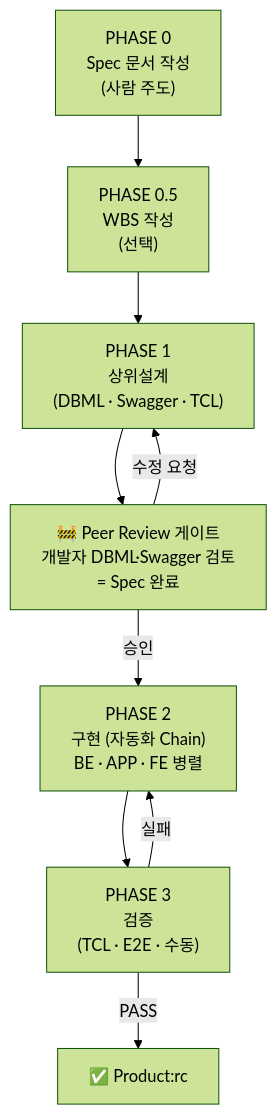
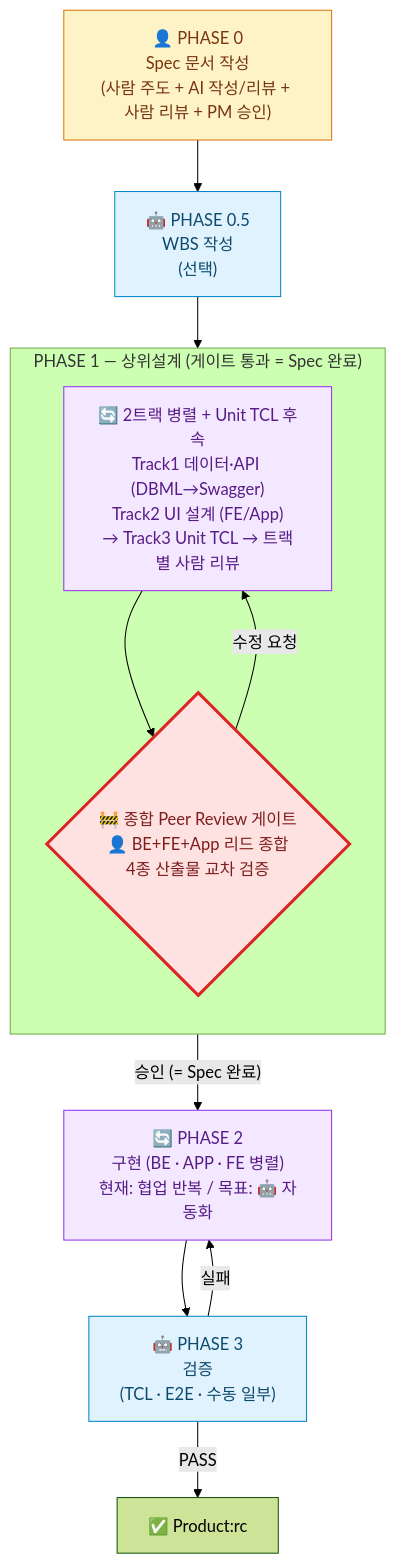
Before and after one commit to gracegyu/munto-dev-assistant-report: the second of 7 diagrams in reports/2026-05-harness-TO-BE.md, drawn with Mermaid (forest theme). The commit also changed other lines of this file and 1 other file, not shown here.

````diff
--- a/reports/2026-05-harness-TO-BE.md
+++ b/reports/2026-05-harness-TO-BE.md
@@ -102,16 +123,27 @@
 ```mermaid
 flowchart TD
-    P0["PHASE 0\nSpec 문서 작성\n(사람 주도)"]
-    P05["PHASE 0.5\nWBS 작성\n(선택)"]
-    P1["PHASE 1\n상위설계\n(DBML · Swagger · TCL)"]
-    GATE["🚧 Peer Review 게이트\n개발자 DBML·Swagger 검토\n= Spec 완료"]
-    P2["PHASE 2\n구현 (자동화 Chain)\nBE · APP · FE 병렬"]
-    P3["PHASE 3\n검증\n(TCL · E2E · 수동)"]
+    P0["👤 PHASE 0<br/>Spec 문서 작성<br/>(사람 주도 + AI 작성/리뷰 + 사람 리뷰 + PM 승인)"]:::human
+    P05["🤖 PHASE 0.5<br/>WBS 작성<br/>(선택)"]:::ai
+
+    subgraph PHASE1 ["PHASE 1 — 상위설계 (게이트 통과 = Spec 완료)"]
+        direction TB
+        P1["🔄 2트랙 병렬 + Unit TCL 후속<br/>Track1 데이터·API (DBML→Swagger)<br/>Track2 UI 설계 (FE/App)<br/>→ Track3 Unit TCL → 트랙별 사람 리뷰"]:::collab
+        GATE{"🚧 종합 Peer Review 게이트<br/>👤 BE+FE+App 리드 종합<br/>4종 산출물 교차 검증"}:::gate
+        P1 --> GATE
+    end
+
+    P2["🔄 PHASE 2<br/>구현 (BE · APP · FE 병렬)<br/>현재: 협업 반복 / 목표: 🤖 자동화"]:::collab
+    P3["🤖 PHASE 3<br/>검증<br/>(TCL · E2E · 수동 일부)"]:::ai
     RC["✅ Product:rc"]
 
-    P0 --> P05 --> P1 --> GATE
-    GATE -- "승인" --> P2 --> P3
+    P0 --> P05 --> P1
+    GATE -- "승인 (= Spec 완료)" --> P2 --> P3
     GATE -- "수정 요청" --> P1
     P3 -- "PASS" --> RC
     P3 -- "실패" --> P2
+
+    classDef ai fill:#e0f2fe,stroke:#0284c7,color:#0c4a6e
+    classDef human fill:#fef3c7,stroke:#d97706,color:#78350f
+    classDef collab fill:#f3e8ff,stroke:#9333ea,color:#581c87
+    classDef gate fill:#fee2e2,stroke:#dc2626,color:#7f1d1d,stroke-width:3px
 ```
````
